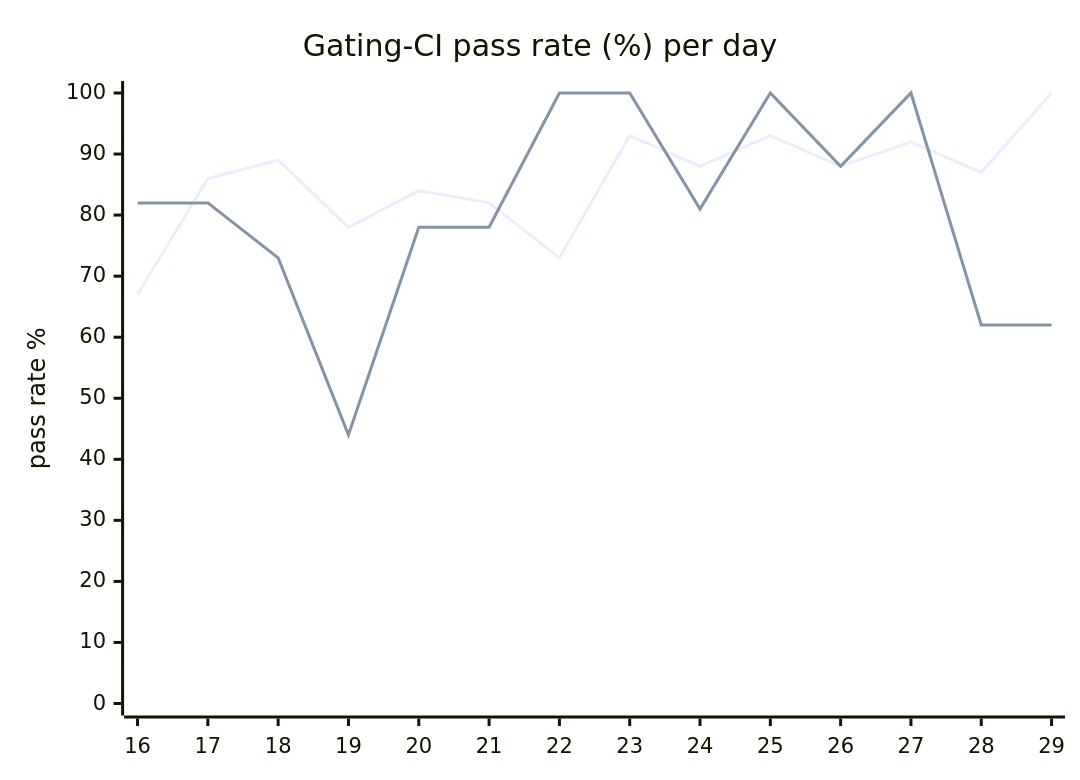
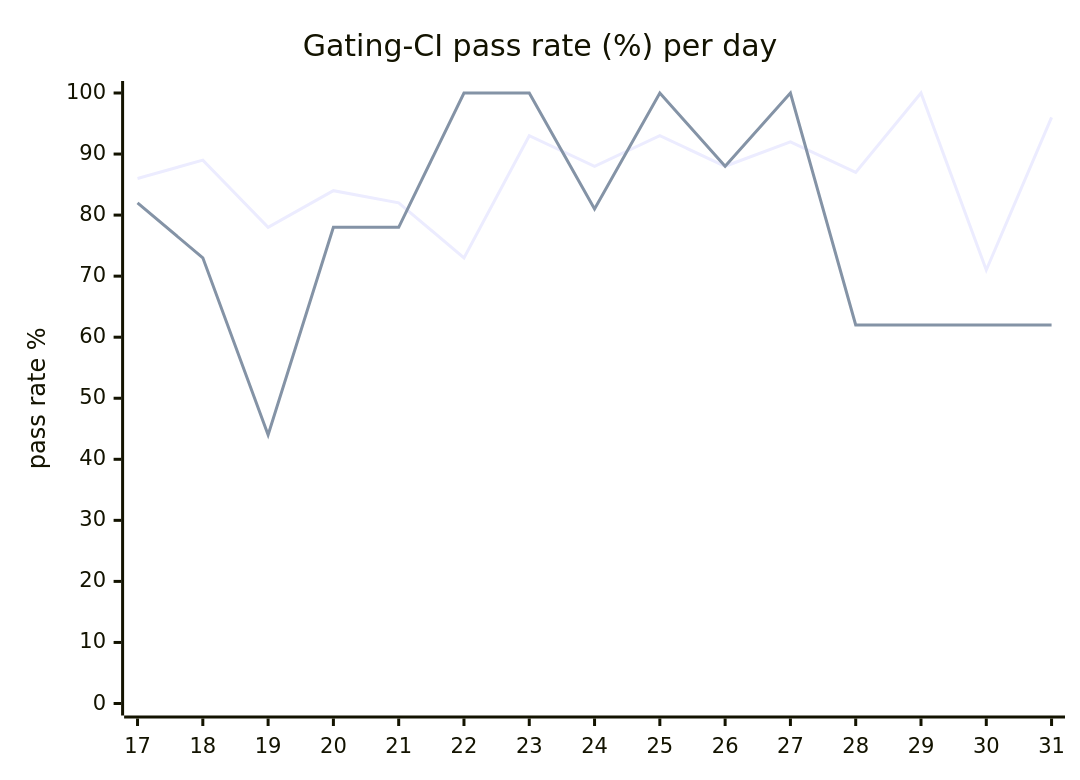
The diagram in hack/ci/ci-dashboard/staging/issue.md (hatchet-dev/hatchet), drawn with Mermaid before and after one commit. The commit also changed other lines of this file, not shown here.

````diff
--- a/hack/ci/ci-dashboard/staging/issue.md
+++ b/hack/ci/ci-dashboard/staging/issue.md
@@ -9,8 +9,8 @@
 ```mermaid
 xychart-beta
   title "Gating-CI pass rate (%) per day"
-  x-axis [16, 17, 18, 19, 20, 21, 22, 23, 24, 25, 26, 27, 28, 29]
+  x-axis [17, 18, 19, 20, 21, 22, 23, 24, 25, 26, 27, 28, 29, 30, 31]
   y-axis "pass rate %" 0 --> 100
-  line "CI" [67, 86, 89, 78, 84, 82, 73, 93, 88, 93, 88, 92, 87, 100]
-  line "main" [82, 82, 73, 44, 78, 78, 100, 100, 81, 100, 88, 100, 62, 62]
+  line "CI" [86, 89, 78, 84, 82, 73, 93, 88, 93, 88, 92, 87, 100, 71, 96]
+  line "main" [82, 73, 44, 78, 78, 100, 100, 81, 100, 88, 100, 62, 62, 62, 62]
 ```
````
